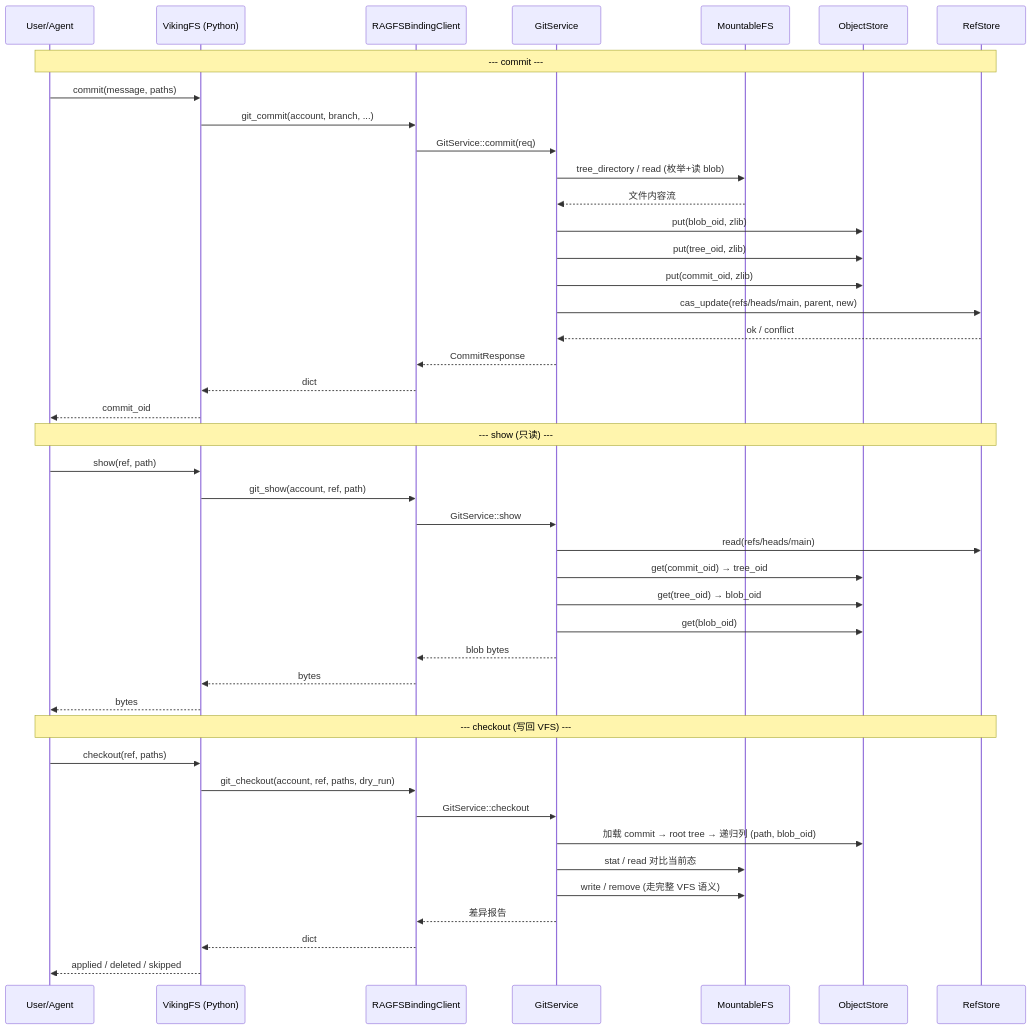
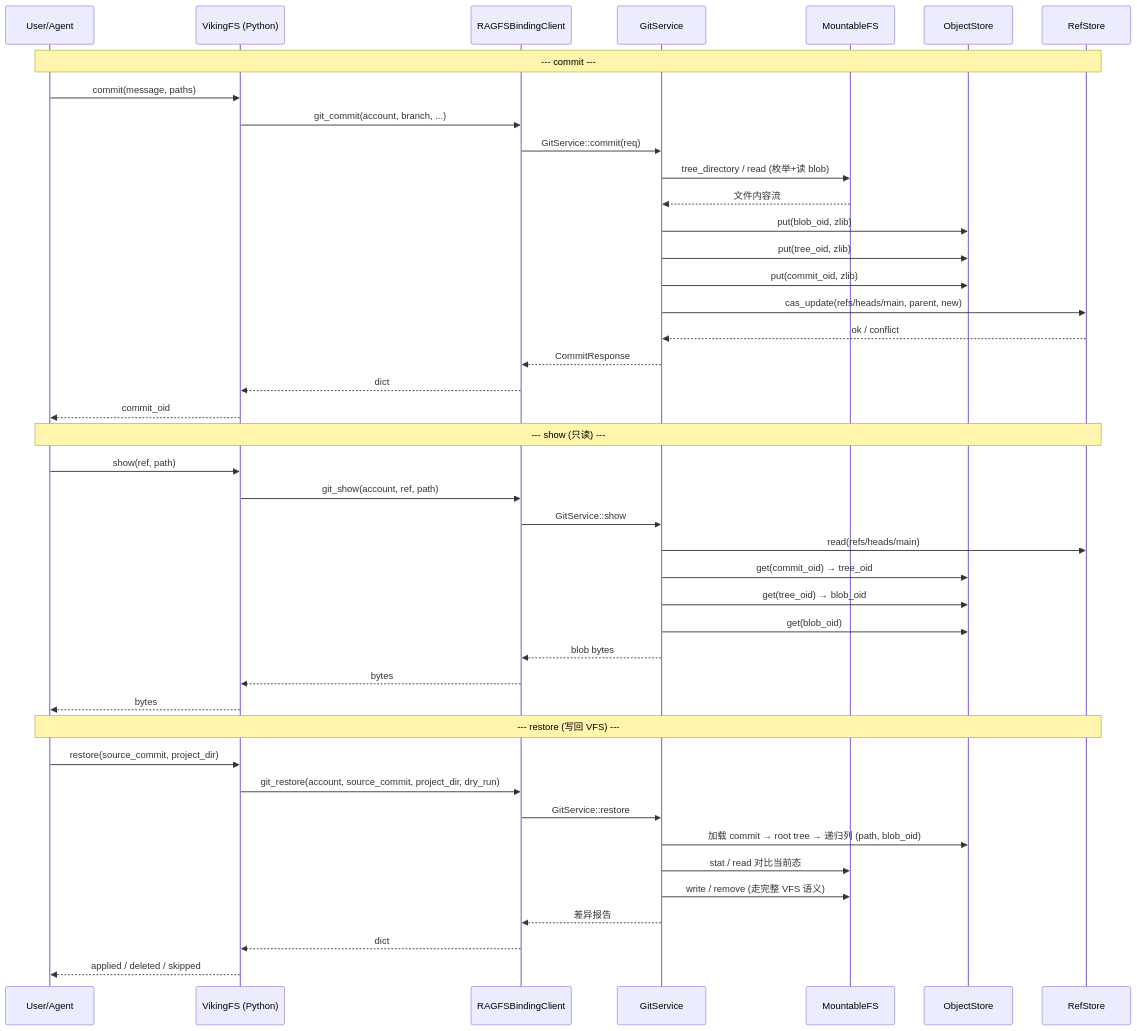
Before and after one commit to CrazyForks/OpenViking: the second of 3 diagrams in docs/design/git-version-control-design.md, drawn with Mermaid. The commit also changed other lines of this file and 15 other files, not shown here.

````diff
--- a/docs/design/git-version-control-design.md
+++ b/docs/design/git-version-control-design.md
@@ -94,48 +98,48 @@
 ```mermaid
 sequenceDiagram
     participant U as User/Agent
     participant V as VikingFS (Python)
     participant B as RAGFSBindingClient
     participant G as GitService
     participant M as MountableFS
     participant O as ObjectStore
     participant R as RefStore
 
     Note over U,R: --- commit ---
     U->>V: commit(message, paths)
     V->>B: git_commit(account, branch, ...)
     B->>G: GitService::commit(req)
     G->>M: tree_directory / read (枚举+读 blob)
     M-->>G: 文件内容流
     G->>O: put(blob_oid, zlib)
     G->>O: put(tree_oid, zlib)
     G->>O: put(commit_oid, zlib)
     G->>R: cas_update(refs/heads/main, parent, new)
     R-->>G: ok / conflict
     G-->>B: CommitResponse
     B-->>V: dict
     V-->>U: commit_oid
 
     Note over U,R: --- show (只读) ---
     U->>V: show(ref, path)
     V->>B: git_show(account, ref, path)
     B->>G: GitService::show
     G->>R: read(refs/heads/main)
     G->>O: get(commit_oid) → tree_oid
     G->>O: get(tree_oid) → blob_oid
     G->>O: get(blob_oid)
     G-->>B: blob bytes
     B-->>V: bytes
     V-->>U: bytes
 
-    Note over U,R: --- checkout (写回 VFS) ---
-    U->>V: checkout(ref, paths)
-    V->>B: git_checkout(account, ref, paths, dry_run)
-    B->>G: GitService::checkout
+    Note over U,R: --- restore (写回 VFS) ---
+    U->>V: restore(source_commit, project_dir)
+    V->>B: git_restore(account, source_commit, project_dir, dry_run)
+    B->>G: GitService::restore
     G->>O: 加载 commit → root tree → 递归列 (path, blob_oid)
     G->>M: stat / read 对比当前态
     G->>M: write / remove (走完整 VFS 语义)
     G-->>B: 差异报告
     B-->>V: dict
     V-->>U: applied / deleted / skipped
 ```
````
